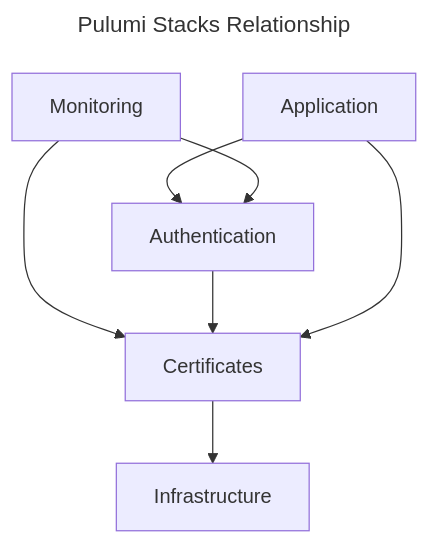
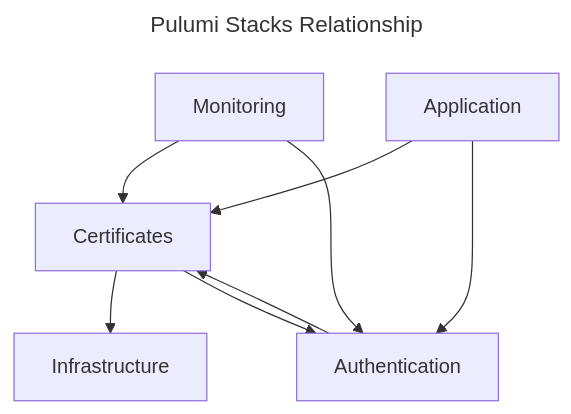
One commit to mattrent/CTF-Platform changed the second of 2 diagrams in README.md. Above: the diagram before and after it, drawn with Mermaid. The commit also changed other lines of this file and 2 other files, not shown here.

Commit message:
update welcome page and link issue to path provisioner

````diff
--- a/README.md
+++ b/README.md
@@ -214,12 +214,12 @@
 ```mermaid
 ---
 title: Pulumi Stacks Relationship
 ---
 flowchart TD
     B[Certificates] --> A[Infrastructure] 
     C[Monitoring] --> B
-    D[Authentication] --> B
+    D[Authentication] --> B --> D
     E[Application] --> B
     E --> D
     C --> D 
 ```
````
